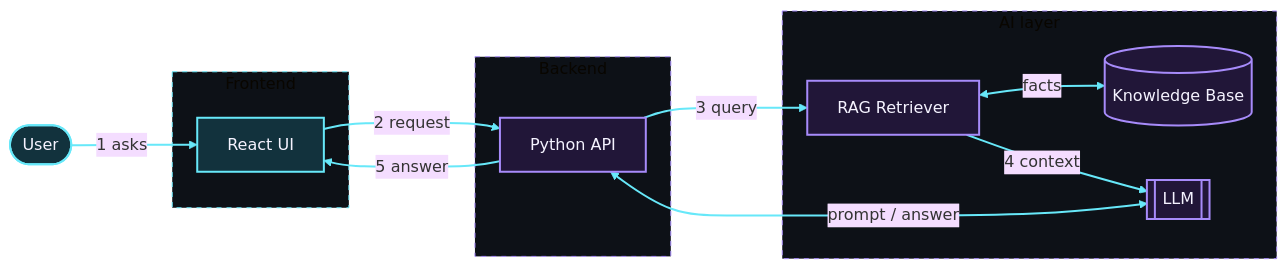
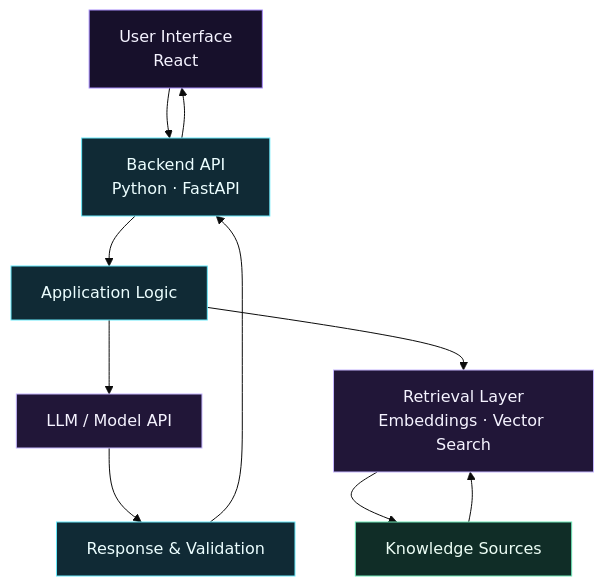
One commit to amiiiiiitz/amiiiiiitz changed the diagram in README.md. Above: the diagram before and after it, drawn with Mermaid (base theme). The commit also changed other lines of this file, not shown here.

````diff
--- a/README.md
+++ b/README.md
@@ -135,35 +109,22 @@
 ```mermaid
-flowchart LR
-    U([User])
+flowchart TD
+    A["User Interface<br/>React"] --> B["Backend API<br/>Python · FastAPI"]
+    B --> C["Application Logic"]
+    C --> D["LLM / Model API"]
+    C --> E["Retrieval Layer<br/>Embeddings · Vector Search"]
+    E --> F["Knowledge Sources"]
+    D --> G["Response & Validation"]
+    F --> E
+    G --> B
+    B --> A
 
-    subgraph FE[Frontend]
-        UI[React UI]
-    end
+    classDef frontend fill:#17102B,stroke:#A78BFA,color:#F5F3FF
+    classDef backend fill:#102A35,stroke:#67E8F9,color:#ECFEFF
+    classDef ai fill:#211638,stroke:#C4B5FD,color:#F5F3FF
+    classDef data fill:#102D27,stroke:#6EE7B7,color:#ECFDF5
 
-    subgraph BE[Backend]
-        API[Python API]
-    end
-
-    subgraph AI[AI layer]
-        RAG[RAG Retriever]
-        KB[(Knowledge Base)]
-        LLM[[LLM]]
-    end
-
-    U -- "1 asks" --> UI
-    UI -- "2 request" --> API
-    API -- "3 query" --> RAG
-    RAG <-- "facts" --> KB
-    RAG -- "4 context" --> LLM
-    API <-- "prompt / answer" --> LLM
-    API -- "5 answer" --> UI
-
-    classDef front fill:#12323D,stroke:#67E8F9,stroke-width:2px,color:#F5F3FF;
-    classDef core fill:#211638,stroke:#A78BFA,stroke-width:2px,color:#F5F3FF;
-    class U,UI front;
-    class API,RAG,KB,LLM core;
-    style FE fill:#0D1117,stroke:#67E8F9,stroke-dasharray:5 5;
-    style BE fill:#0D1117,stroke:#A78BFA,stroke-dasharray:5 5;
-    style AI fill:#0D1117,stroke:#A78BFA,stroke-dasharray:5 5;
-    linkStyle default stroke:#67E8F9,stroke-width:2px;
+    class A frontend
+    class B,C,G backend
+    class D,E ai
+    class F data
 ```
````
